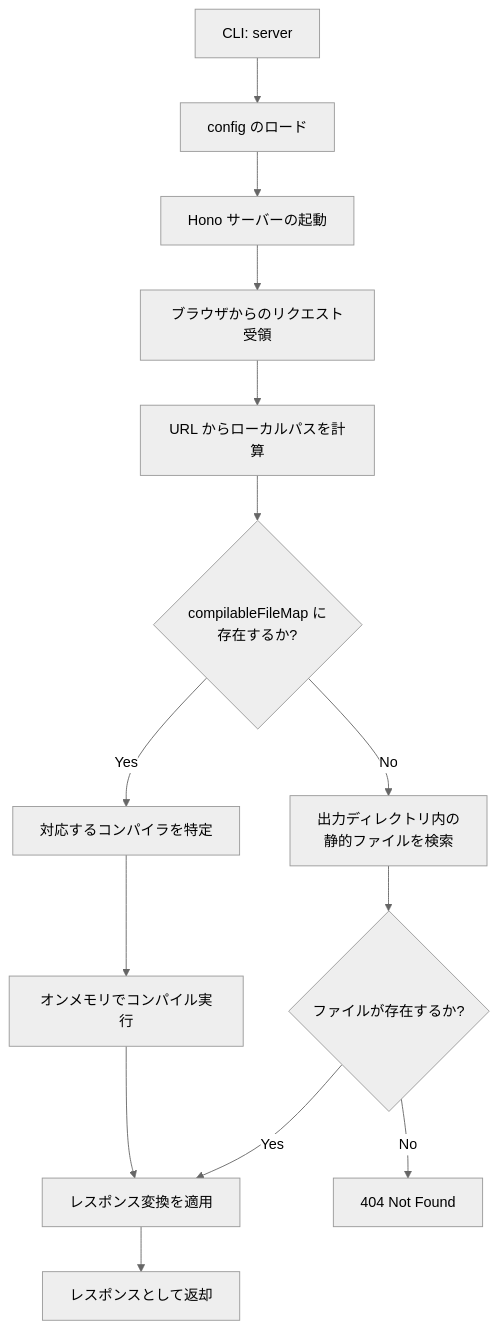
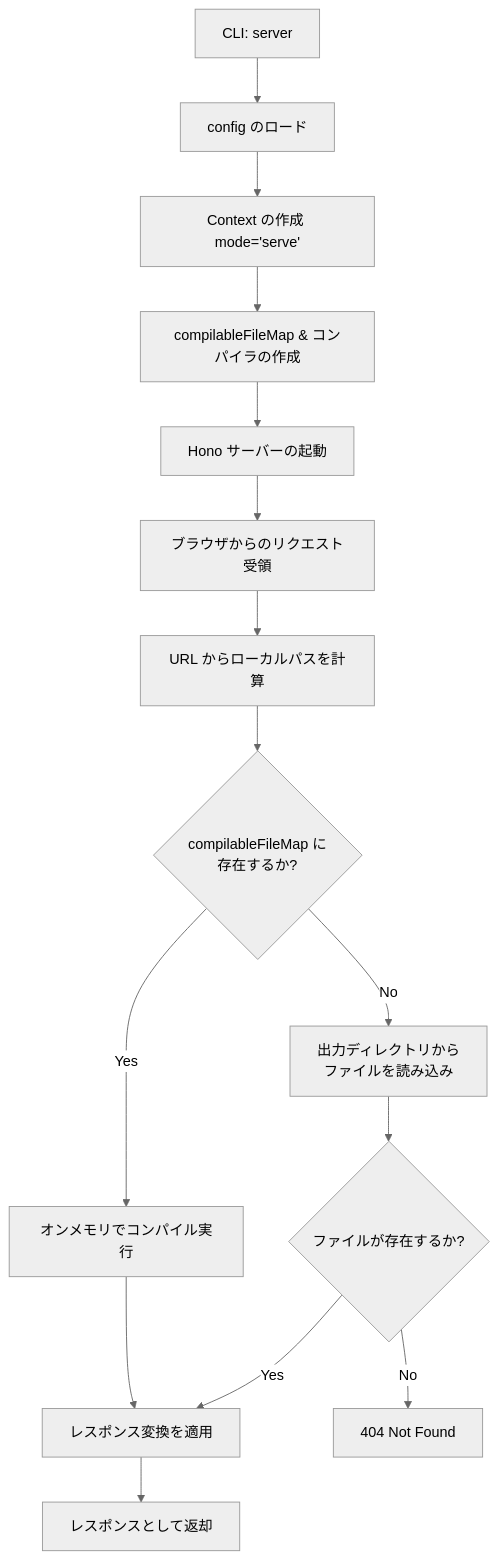
One commit to d-zero-dev/kamado changed the second of 2 diagrams in packages/kamado/ARCHITECTURE.ja.md. Above: the diagram before and after it, drawn with Mermaid (neutral theme). The commit also changed other lines of this file and 1 other file, not shown here.

First line of the commit message:
docs(kamado): update flow diagrams and add pageList hook documentation

````diff
--- a/packages/kamado/ARCHITECTURE.ja.md
+++ b/packages/kamado/ARCHITECTURE.ja.md
@@ -194,16 +196,17 @@
 ```mermaid
 graph TD
     A[CLI: server] --> B[config のロード]
-    B --> C[Hono サーバーの起動]
-    C --> D[ブラウザからのリクエスト受領]
+    B --> B2[Context の作成 mode='serve']
+    B2 --> C[compilableFileMap & コンパイラの作成]
+    C --> C2[Hono サーバーの起動]
+    C2 --> D[ブラウザからのリクエスト受領]
     D --> E[URL からローカルパスを計算]
     E --> F{compilableFileMap に<br>存在するか?}
-    F -- Yes --> G[対応するコンパイラを特定]
-    G --> H[オンメモリでコンパイル実行]
+    F -- Yes --> H[オンメモリでコンパイル実行]
     H --> I[レスポンス変換を適用]
     I --> J[レスポンスとして返却]
-    F -- No --> K[出力ディレクトリ内の<br>静的ファイルを検索]
+    F -- No --> K[出力ディレクトリから<br>ファイルを読み込み]
     K --> L{ファイルが存在するか?}
     L -- Yes --> I
     L -- No --> M[404 Not Found]
 ```
````
